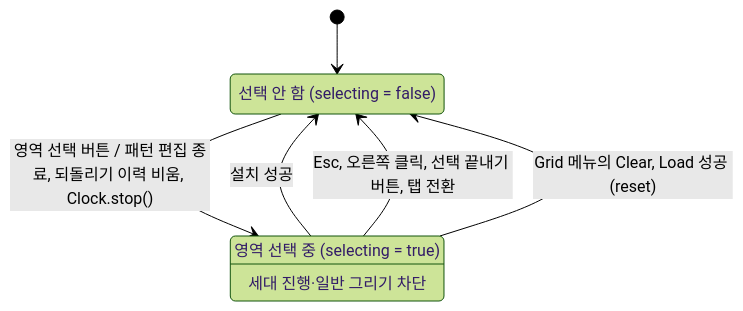
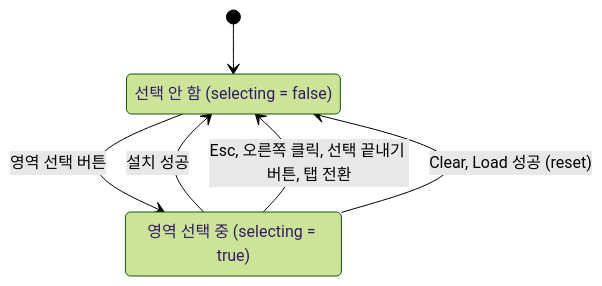
Before and after one commit to mckimR1972/DP_team_project: the fifth of 5 diagrams in docs/freezing/design.md, drawn with Mermaid (forest theme). The commit also changed other lines of this file, not shown here.

Commit message:
docs: Freezing 클래스·상태 다이어그램을 GitHub에서 그려지는 Mermaid 문법으로 수정

````diff
--- a/docs/freezing/design.md
+++ b/docs/freezing/design.md
@@ -330,12 +319,11 @@
 ```mermaid
 stateDiagram-v2
     [*] --> Idle
-    Idle : 선택 안 함 (selecting = false)
-    Selecting : 영역 선택 중 (selecting = true)
-    Selecting : 세대 진행·일반 그리기 차단
+    Idle: 선택 안 함 (selecting = false)
+    Selecting: 영역 선택 중 (selecting = true)
 
-    Idle --> Selecting : 영역 선택 버튼 / 패턴 편집 종료, 되돌리기 이력 비움, Clock.stop()
-    Selecting --> Idle : 설치 성공
-    Selecting --> Idle : Esc, 오른쪽 클릭, 선택 끝내기 버튼, 탭 전환
-    Selecting --> Idle : Grid 메뉴의 Clear, Load 성공 (reset)
+    Idle --> Selecting: 영역 선택 버튼
+    Selecting --> Idle: 설치 성공
+    Selecting --> Idle: Esc, 오른쪽 클릭, 선택 끝내기 버튼, 탭 전환
+    Selecting --> Idle: Clear, Load 성공 (reset)
 ```
````
